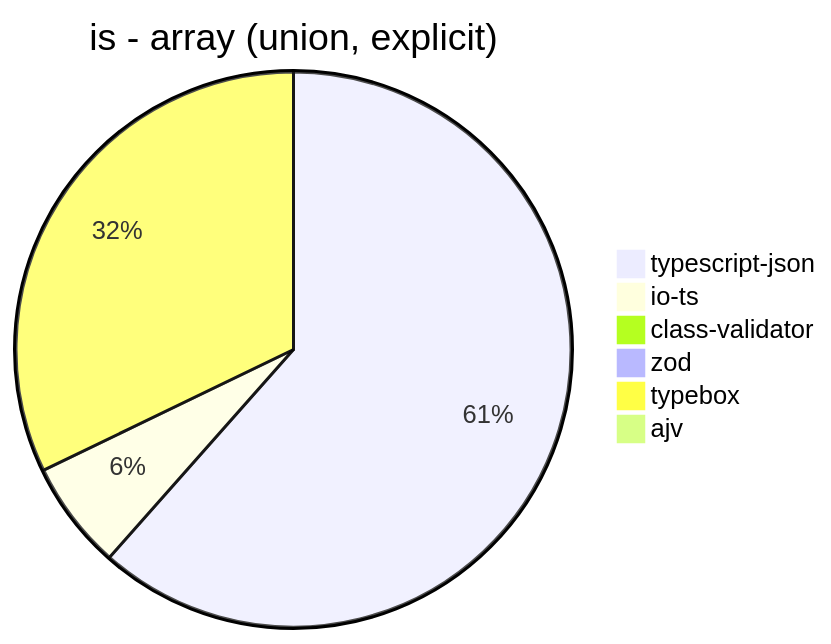
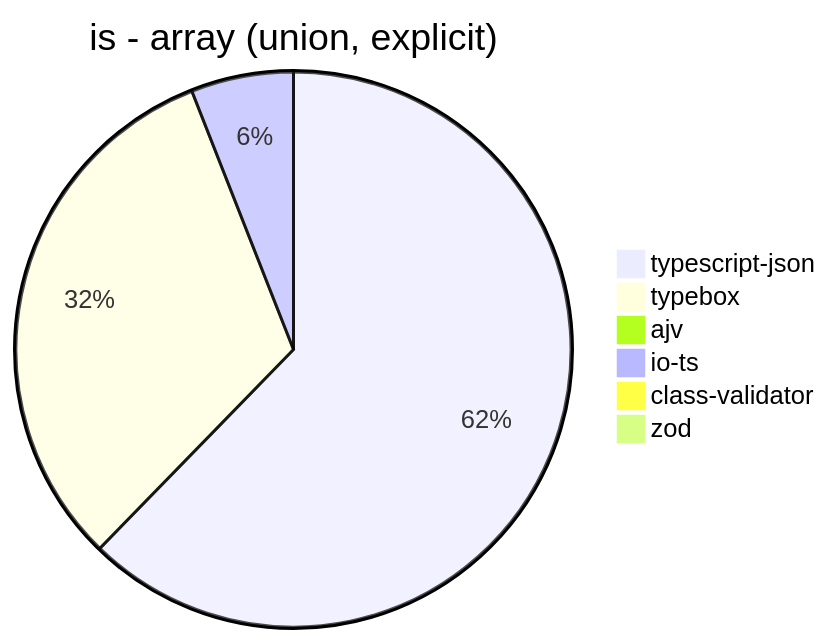
The sixth of 39 diagrams in benchmark/results/AMD Ryzen 7 5800H with Radeon Graphics.md (samchon/typia), drawn with Mermaid before and after one commit. The commit also changed other lines of this file and 7 other files, not shown here.

````diff
--- a/benchmark/results/AMD Ryzen 7 5800H with Radeon Graphics.md
+++ b/benchmark/results/AMD Ryzen 7 5800H with Radeon Graphics.md
@@ -76,9 +76,9 @@
 ```mermaid
 pie title is - array (union, explicit)
-  "typescript-json": 3752.0273923229406
-  "io-ts": 384.4580777096115
-  "class-validator": 6.764168190127971
-  "zod": 2.80688622754491
-  "typebox": 1961.120324304404
+  "typescript-json": 4033.308931185944
+  "typebox": 2055.6586270871985
   "ajv": 0
+  "io-ts": 386.13861386138615
+  "class-validator": 6.873490618614156
+  "zod": 2.8079371022089106
 ```
````
